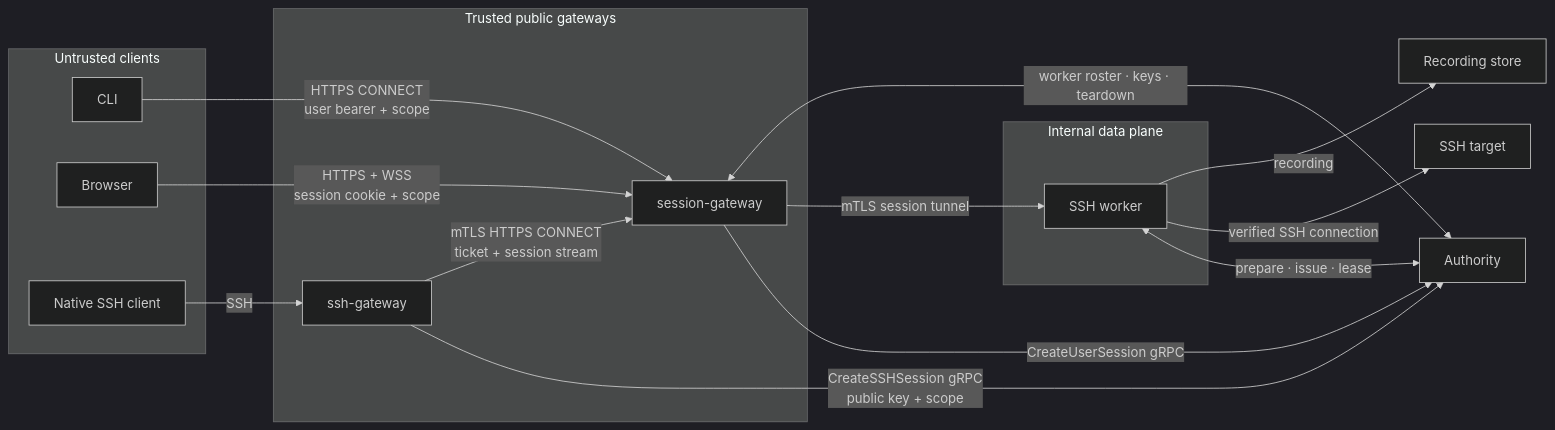
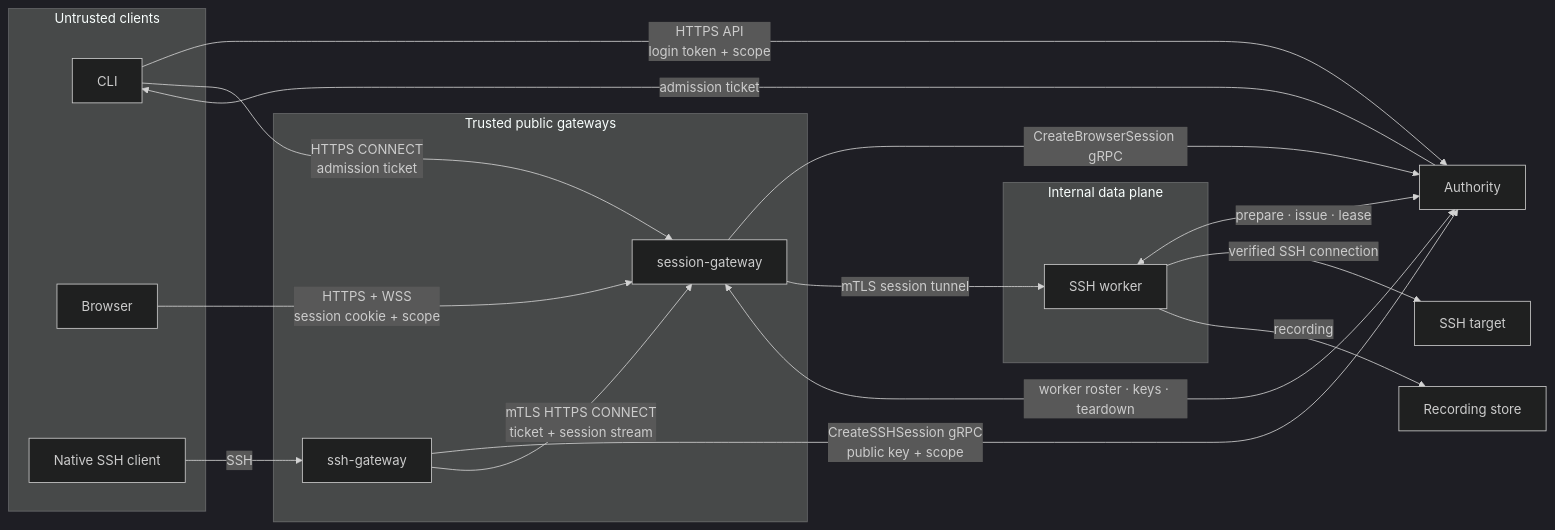
One commit to tidegate-dev/enhancements changed the first of 4 diagrams in teps/0005-gateway-sessions/README.md. Above: the diagram before and after it, drawn with Mermaid (dark theme). The commit also changed other lines of this file, not shown here.

Commit message:
docs: define CLI login session flow

````diff
--- a/teps/0005-gateway-sessions/README.md
+++ b/teps/0005-gateway-sessions/README.md
@@ -98,33 +100,35 @@
 ```mermaid
 flowchart LR
     subgraph clients["Untrusted clients"]
         cli["CLI"]
         browser["Browser"]
         ssh["Native SSH client"]
     end
 
     subgraph edge["Trusted public gateways"]
         sessiongw["session-gateway"]
         sshgw["ssh-gateway"]
     end
 
     subgraph core["Internal data plane"]
         worker["SSH worker"]
     end
 
     auth["Authority"]
     target["SSH target"]
     store["Recording store"]
 
-    cli -->|"HTTPS CONNECT<br/>user bearer + scope"| sessiongw
+    cli -->|"HTTPS API<br/>login token + scope"| auth
+    auth -->|"admission ticket"| cli
+    cli -->|"HTTPS CONNECT<br/>admission ticket"| sessiongw
     browser -->|"HTTPS + WSS<br/>session cookie + scope"| sessiongw
     ssh -->|"SSH"| sshgw
-    sessiongw -->|"CreateUserSession gRPC"| auth
+    sessiongw -->|"CreateBrowserSession gRPC"| auth
     sshgw -->|"CreateSSHSession gRPC<br/>public key + scope"| auth
     sshgw -->|"mTLS HTTPS CONNECT<br/>ticket + session stream"| sessiongw
     sessiongw -->|"mTLS session tunnel"| worker
     sessiongw <-->|"worker roster · keys · teardown"| auth
     worker <-->|"prepare · issue · lease"| auth
     worker -->|"verified SSH connection"| target
     worker -->|"recording"| store
 ```
````
